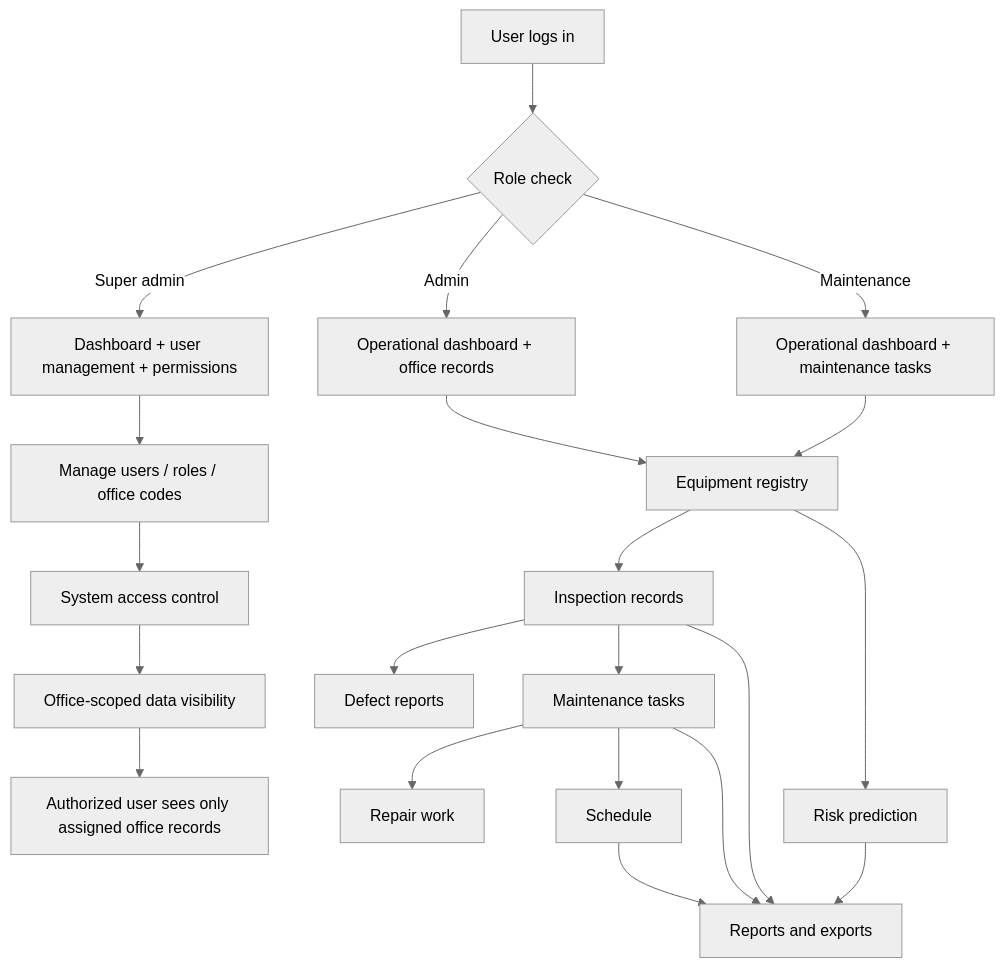
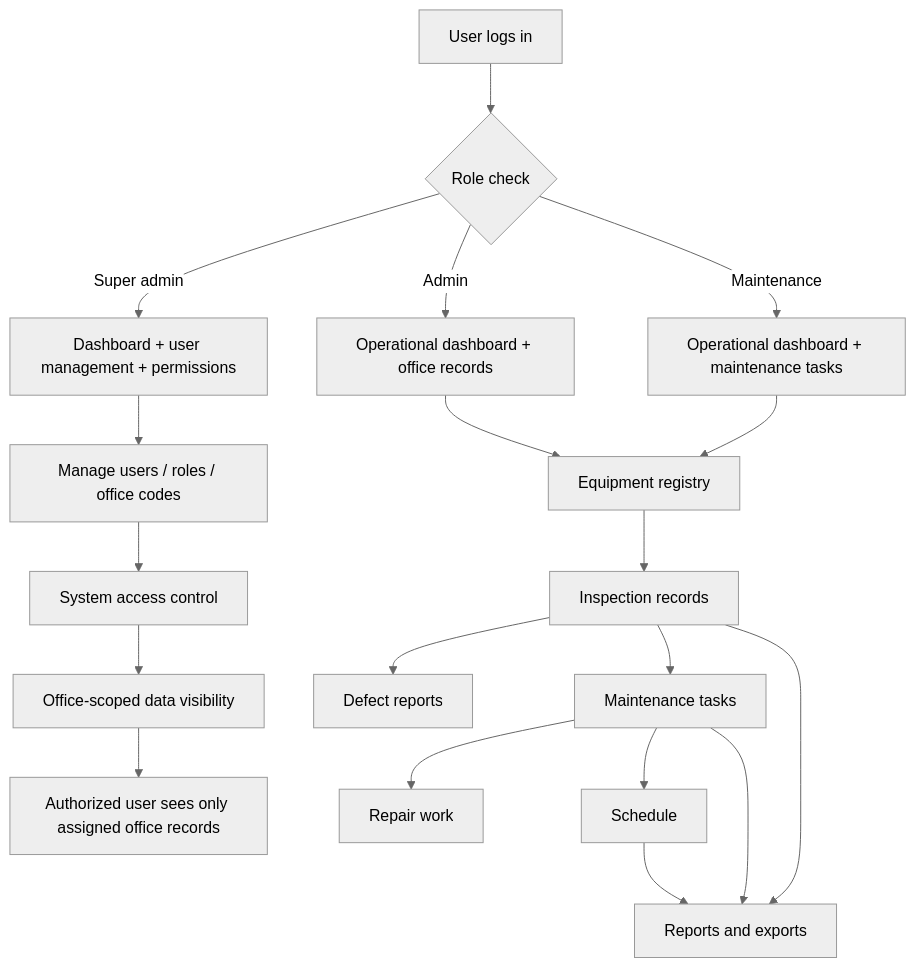
The diagram in PROJECT_MANUAL.md (Abbssss/BFP-Capstone), drawn with Mermaid (neutral theme) before and after one commit. The commit also changed other lines of this file and 76 other files, not shown here.

````diff
--- a/PROJECT_MANUAL.md
+++ b/PROJECT_MANUAL.md
@@ -279,27 +271,24 @@
 ```mermaid
 flowchart TD
     A[User logs in] --> B{Role check}
     B -->|Super admin| C[Dashboard + user management + permissions]
     B -->|Admin| D[Operational dashboard + office records]
     B -->|Maintenance| E[Operational dashboard + maintenance tasks]
 
     C --> F[Manage users / roles / office codes]
     D --> G[Equipment registry]
     E --> G
 
     G --> H[Inspection records]
     H --> I[Defect reports]
     H --> J[Maintenance tasks]
     J --> K[Repair work]
     J --> L[Schedule]
-    G --> M[Risk prediction]
-
     J --> N[Reports and exports]
     L --> N
-    M --> N
     H --> N
 
     F --> O[System access control]
     O --> P[Office-scoped data visibility]
     P --> Q[Authorized user sees only assigned office records]
 ```
````
